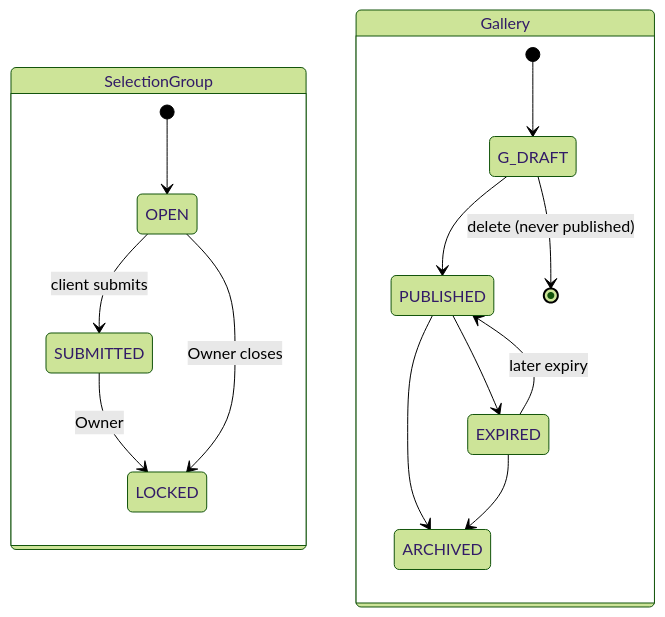
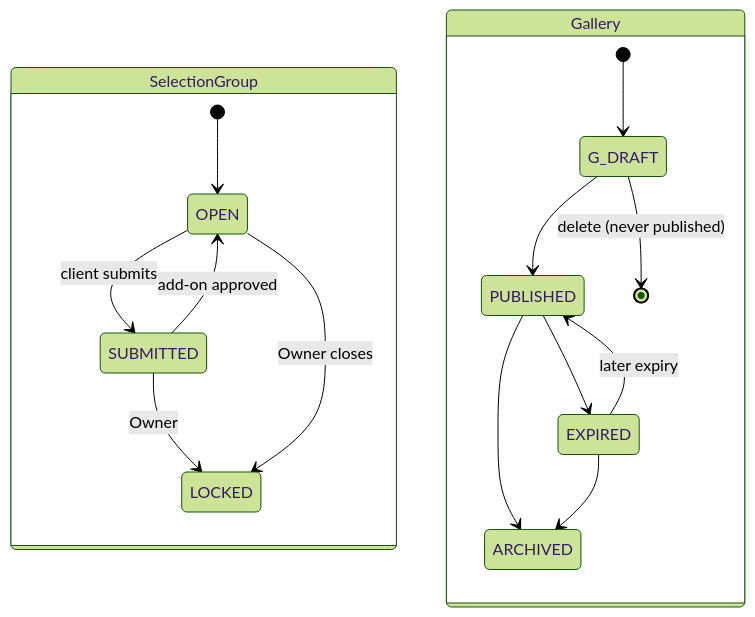
The third of 4 diagrams in docs/domain/domain-model.md (hardi-dev/shutrly-v0), drawn with Mermaid (forest theme) before and after one commit. The commit also changed 6 other files, not shown here.

````diff
--- a/docs/domain/domain-model.md
+++ b/docs/domain/domain-model.md
@@ -107,18 +107,19 @@
 ```mermaid
 stateDiagram-v2
     state SelectionGroup {
       [*] --> OPEN
       OPEN --> SUBMITTED : client submits
       SUBMITTED --> LOCKED : Owner
+      SUBMITTED --> OPEN : add-on approved
       OPEN --> LOCKED : Owner closes
     }
     state Gallery {
       [*] --> G_DRAFT
       G_DRAFT --> PUBLISHED
       PUBLISHED --> EXPIRED
       PUBLISHED --> ARCHIVED
       EXPIRED --> PUBLISHED : later expiry
       EXPIRED --> ARCHIVED
       G_DRAFT --> [*] : delete (never published)
     }
 ```
````
